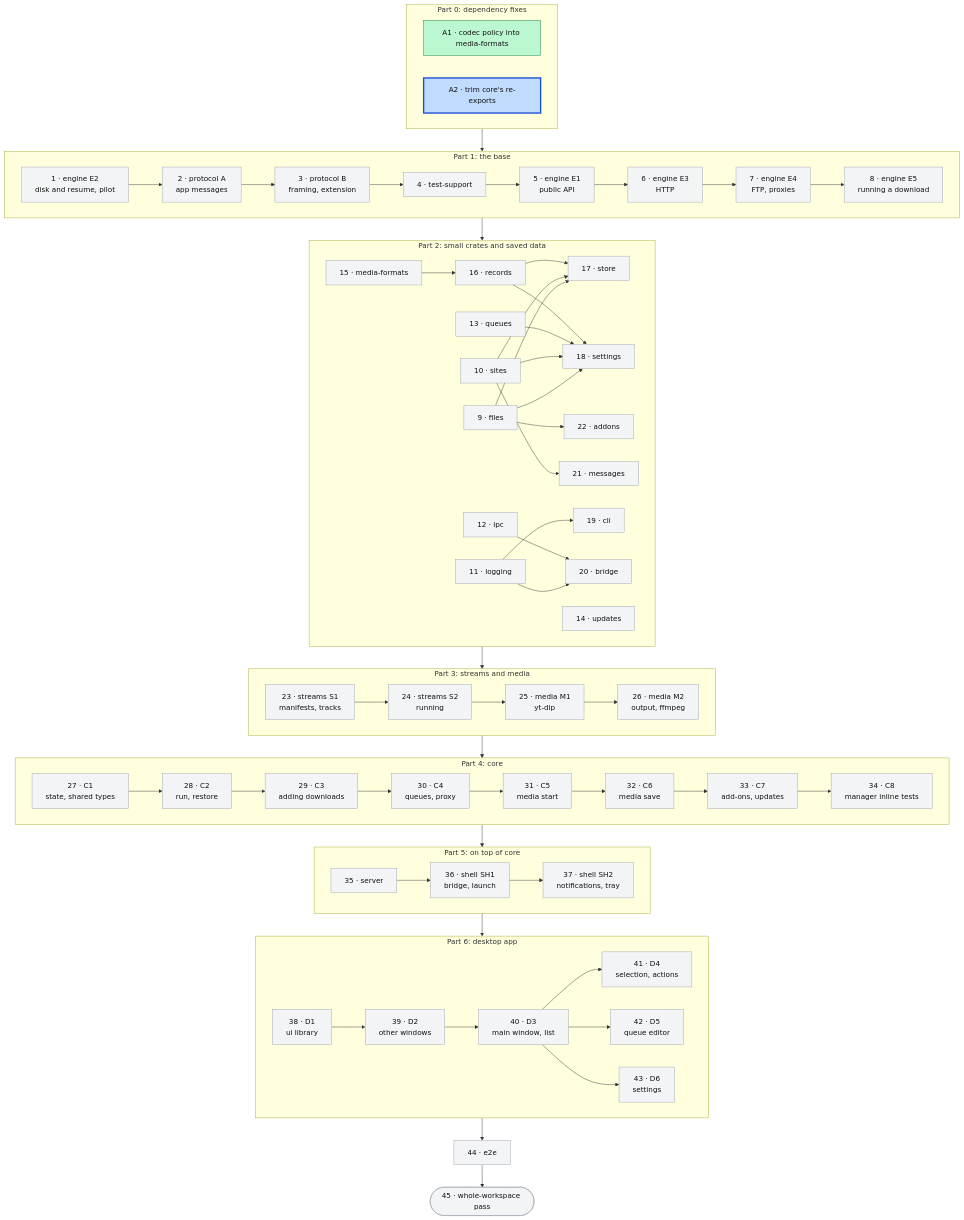
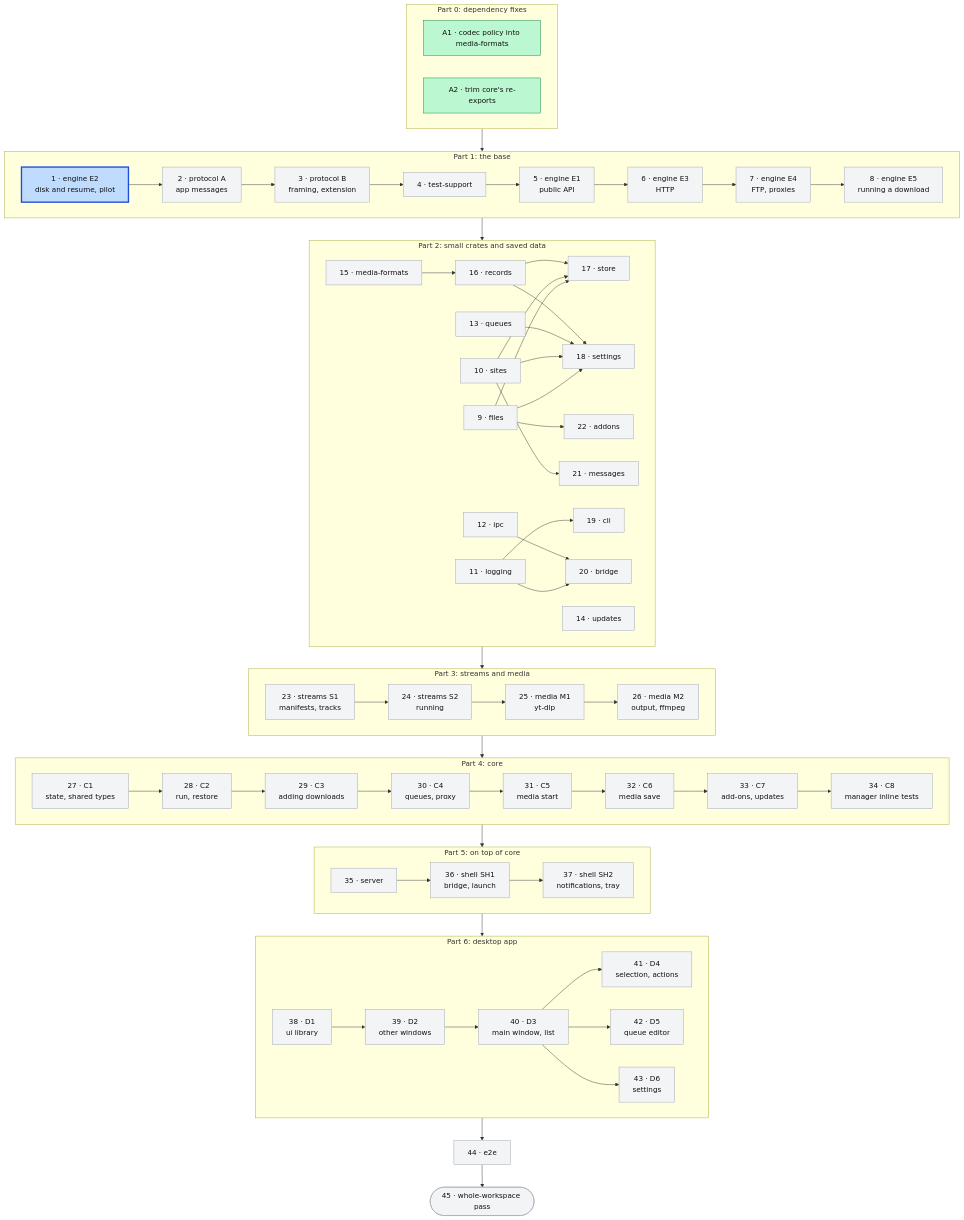
Before and after one commit to ehsan18t/wirecatch-oss-dm: the second of 2 diagrams in docs/audit/rust-audit-order.md, drawn with Mermaid. The commit also changed other lines of this file and 21 other files, not shown here.

````diff
--- a/docs/audit/rust-audit-order.md
+++ b/docs/audit/rust-audit-order.md
@@ -143,74 +143,74 @@
 ```mermaid
 flowchart TB
     subgraph P0["Part 0: dependency fixes"]
         direction LR
         a1["A1 · codec policy into media-formats"]
         a2["A2 · trim core's re-exports"]
     end
 
     subgraph P1["Part 1: the base"]
         direction LR
         c1["1 · engine E2<br/>disk and resume, pilot"] --> c2["2 · protocol A<br/>app messages"] --> c3["3 · protocol B<br/>framing, extension"] --> c4["4 · test-support"] --> c5["5 · engine E1<br/>public API"] --> c6["6 · engine E3<br/>HTTP"] --> c7["7 · engine E4<br/>FTP, proxies"] --> c8["8 · engine E5<br/>running a download"]
     end
 
     subgraph P2["Part 2: small crates and saved data"]
         direction LR
         c9["9 · files"]
         c10["10 · sites"]
         c11["11 · logging"]
         c12["12 · ipc"]
         c13["13 · queues"]
         c14["14 · updates"]
         c15["15 · media-formats"]
         c16["16 · records"]
         c17["17 · store"]
         c18["18 · settings"]
         c19["19 · cli"]
         c20["20 · bridge"]
         c21["21 · messages"]
         c22["22 · addons"]
     end
 
     subgraph P3["Part 3: streams and media"]
         direction LR
         c23["23 · streams S1<br/>manifests, tracks"] --> c24["24 · streams S2<br/>running"] --> c25["25 · media M1<br/>yt-dlp"] --> c26["26 · media M2<br/>output, ffmpeg"]
     end
 
     subgraph P4["Part 4: core"]
         direction LR
         c27["27 · C1<br/>state, shared types"] --> c28["28 · C2<br/>run, restore"] --> c29["29 · C3<br/>adding downloads"] --> c30["30 · C4<br/>queues, proxy"] --> c31["31 · C5<br/>media start"] --> c32["32 · C6<br/>media save"] --> c33["33 · C7<br/>add-ons, updates"] --> c34["34 · C8<br/>manager inline tests"]
     end
 
     subgraph P5["Part 5: on top of core"]
         direction LR
         c35["35 · server"] --> c36["36 · shell SH1<br/>bridge, launch"] --> c37["37 · shell SH2<br/>notifications, tray"]
     end
 
     subgraph P6["Part 6: desktop app"]
         direction LR
         c38["38 · D1<br/>ui library"] --> c39["39 · D2<br/>other windows"] --> c40["40 · D3<br/>main window, list"]
         c40 --> c41["41 · D4<br/>selection, actions"]
         c40 --> c42["42 · D5<br/>queue editor"]
         c40 --> c43["43 · D6<br/>settings"]
     end
 
     c44["44 · e2e"]
     c45(["45 · whole-workspace pass"])
 
     c9 --> c17 & c18 & c22
     c10 --> c17 & c18 & c21
     c11 --> c19 & c20
     c12 --> c20
     c13 --> c18
     c15 --> c16
     c16 --> c17 & c18
 
     P0 --> P1 --> P2 --> P3 --> P4 --> P5 --> P6 --> c44 --> c45
 
     classDef done fill:#bbf7d0,stroke:#15803d,color:#111
     classDef now fill:#bfdbfe,stroke:#1d4ed8,stroke-width:3px,color:#111
     classDef todo fill:#f3f4f6,stroke:#9ca3af,color:#111
-    class a1 done
-    class a2 now
-    class c1,c2,c3,c4,c5,c6,c7,c8,c9,c10,c11,c12,c13,c14,c15,c16,c17,c18,c19,c20,c21,c22,c23,c24,c25,c26,c27,c28,c29,c30,c31,c32,c33,c34,c35,c36,c37,c38,c39,c40,c41,c42,c43,c44,c45 todo
+    class a1,a2 done
+    class c1 now
+    class c2,c3,c4,c5,c6,c7,c8,c9,c10,c11,c12,c13,c14,c15,c16,c17,c18,c19,c20,c21,c22,c23,c24,c25,c26,c27,c28,c29,c30,c31,c32,c33,c34,c35,c36,c37,c38,c39,c40,c41,c42,c43,c44,c45 todo
 ```
````
